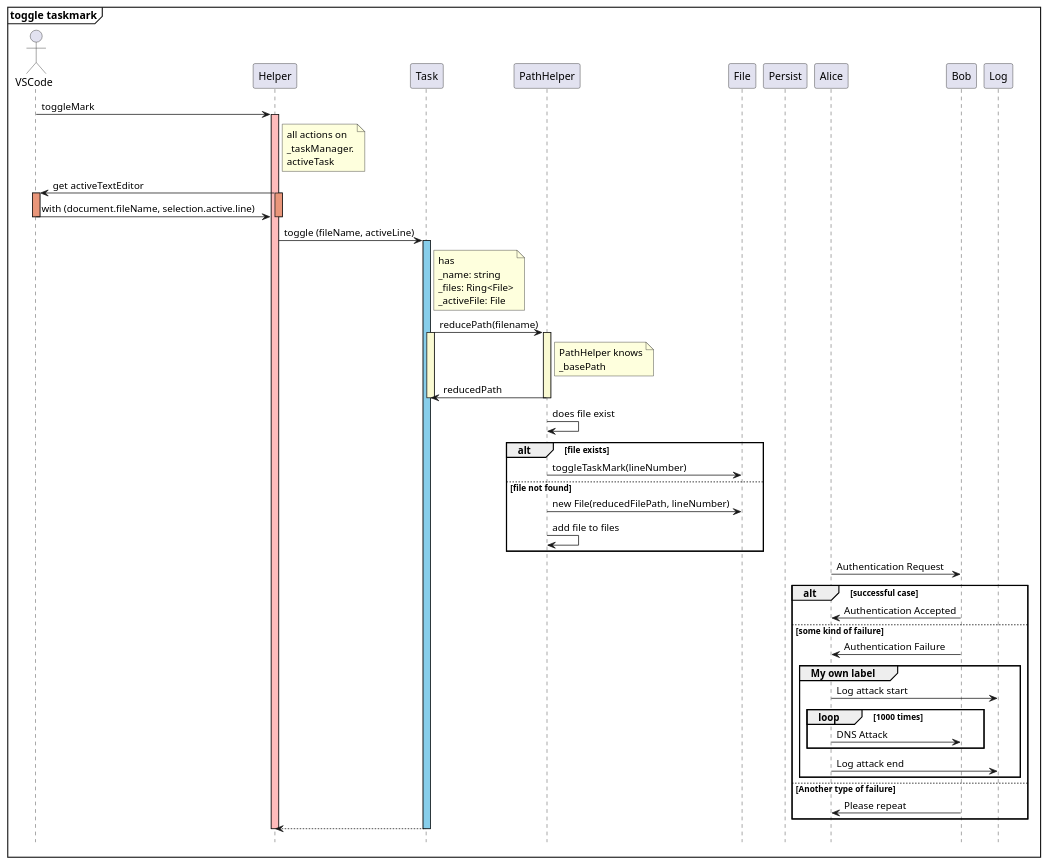
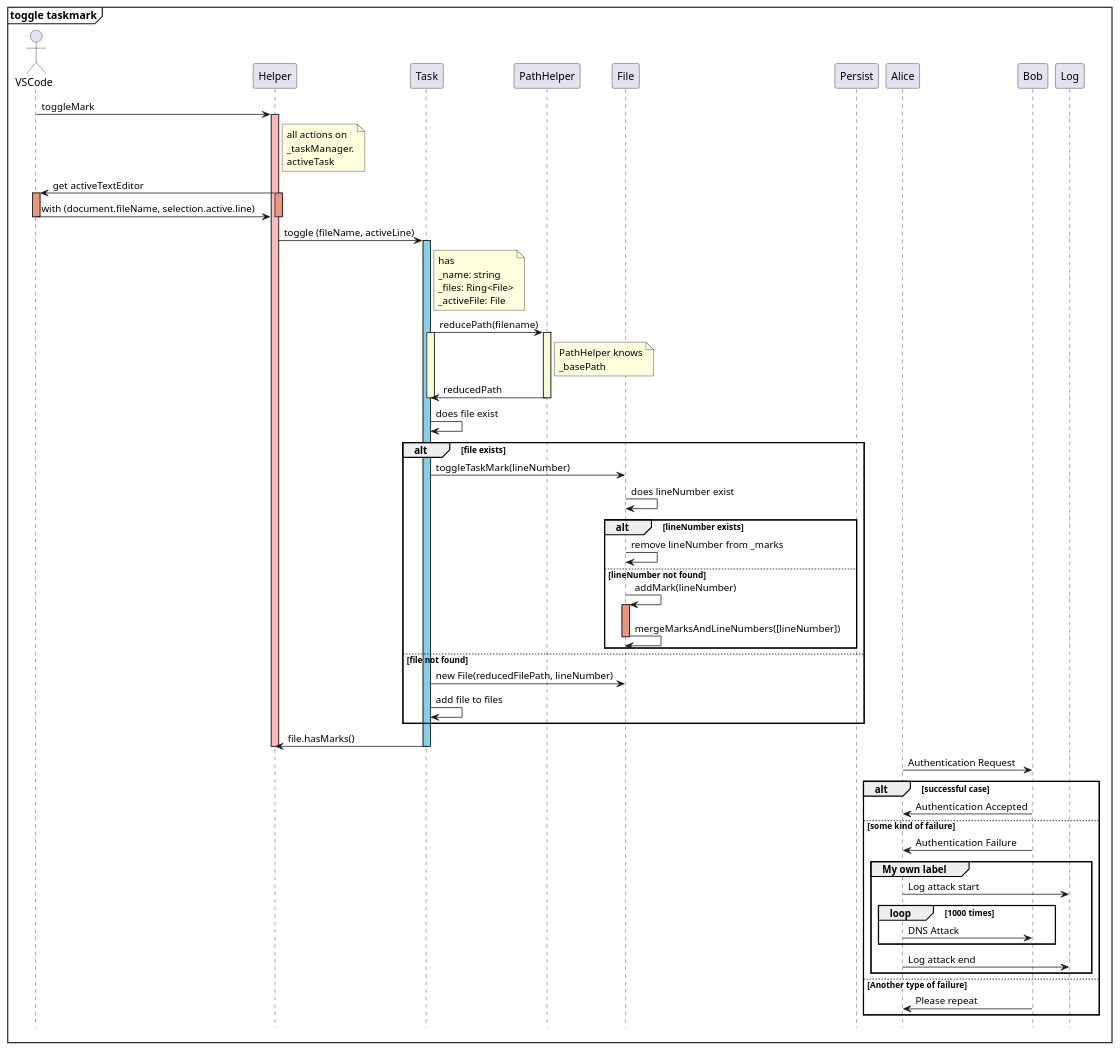
The diagram in docu/toggleTaskmark.puml (norbertK/taskmarks), drawn with PlantUML before and after one commit. The commit also changed 1 other file, not shown here.

```diff
--- a/docu/toggleTaskmark.puml
+++ b/docu/toggleTaskmark.puml
@@ -6,101 +6,120 @@
 @startuml startup
 
 hide footbox
 
 mainframe **toggle taskmark**
 
 actor VSCode
 participant Helper as help
 participant Task as task
 participant PathHelper as ph
 participant File as file
 participant Persist as p
 
 VSCode -> help: toggleMark
 activate help #FFBBBB
 
 note right of help
     all actions on
     _taskManager.
     activeTask
 end note
 
 
 help -> VSCode: get activeTextEditor
 activate help #DarkSalmon
 activate VSCode #DarkSalmon
 VSCode -> help: with (document.fileName, selection.active.line)
 deactivate VSCode
 deactivate help
 
 
 help -> task: toggle (fileName, activeLine)
 activate task #SkyBlue
 note right of task
     has
     _name: string
     _files: Ring<File>
     _activeFile: File
 end note
 
 
 
 task -> ph: reducePath(filename)
 activate task #LightGoldenRodYellow
 activate ph #LightGoldenRodYellow
 
 note right of ph
     PathHelper knows
     _basePath
 end note
 
 ph -> task: reducedPath
 deactivate ph
 deactivate task
 
-ph -> ph: does file exist
+task -> task: does file exist
 
 alt file exists
-ph -> file: toggleTaskMark(lineNumber)
+    task -> file: toggleTaskMark(lineNumber)
+    file -> file: does lineNumber exist
+    alt lineNumber exists
+        file -> file: remove lineNumber from _marks
+    else lineNumber not found
+        file -> file: addMark(lineNumber)
+        activate file #DarkSalmon
+        file -> file: mergeMarksAndLineNumbers([lineNumber])
+
+        
+        deactivate file
+    end
+
 else file not found
-ph -> file: new File(reducedFilePath, lineNumber)
-ph -> ph: add file to files
+    task -> file: new File(reducedFilePath, lineNumber)
+    task -> task: add file to files
+
 end
+
+
+task -> help: file.hasMarks()
+deactivate task
+
+deactivate help
+
+
+
+
 
 
 Alice -> Bob: Authentication Request
 
 alt successful case
 
     Bob -> Alice: Authentication Accepted
 
 else some kind of failure
 
     Bob -> Alice: Authentication Failure
     group My own label
     Alice -> Log : Log attack start
         loop 1000 times
             Alice -> Bob: DNS Attack
         end
     Alice -> Log : Log attack end
     end
 
 else Another type of failure
 
    Bob -> Alice: Please repeat
 
 end
 
 
 
 
-task --> help
-deactivate task
 
 
-
-deactivate help
 
 
 
 @endjson
```
